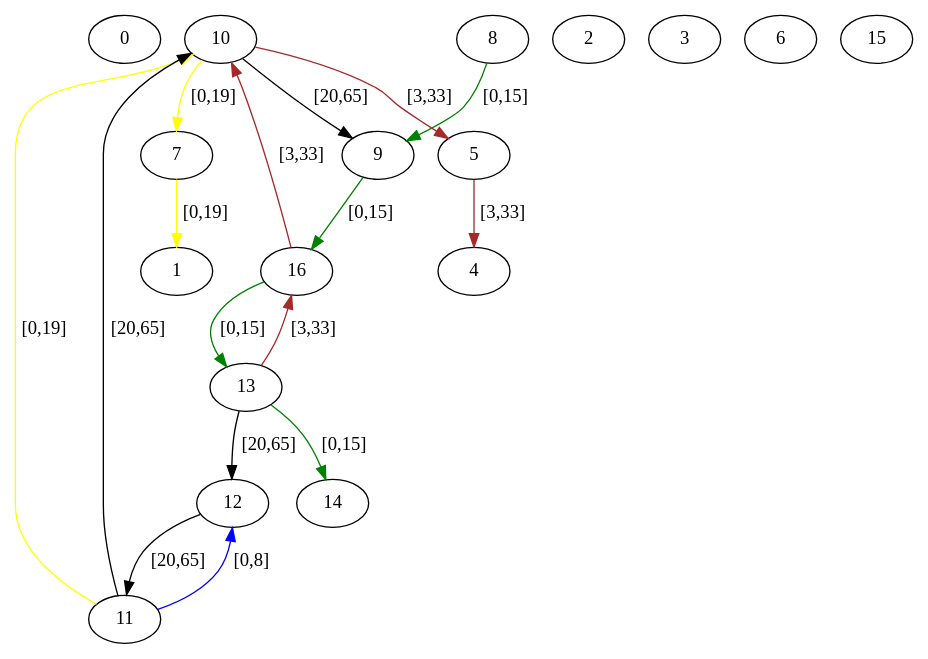
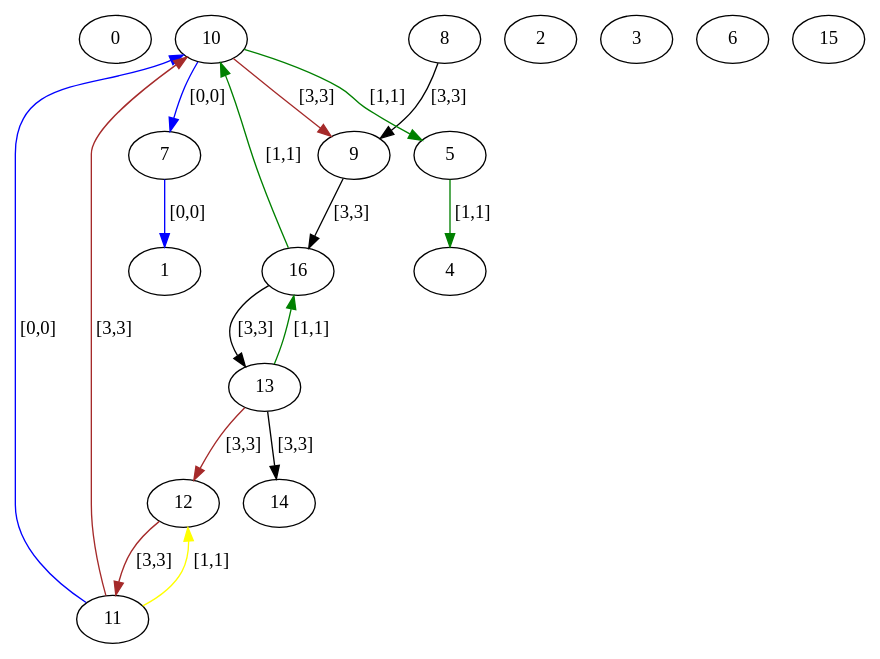
Before and after one commit to Hebbe1234/ExpectAll: the diagram in src/assignedGraphs/assigned.dot, drawn with Graphviz. The commit also changed 7 other files, not shown here.

```diff
--- a/src/assignedGraphs/assigned.dot
+++ b/src/assignedGraphs/assigned.dot
@@ -1,35 +1,35 @@
 digraph  {
 0 [label=0];
 1 [label=1];
 2 [label=2];
 3 [label=3];
 4 [label=4];
 5 [label=5];
 6 [label=6];
 7 [label=7];
 8 [label=8];
 9 [label=9];
 10 [label=10];
 11 [label=11];
 12 [label=12];
 13 [label=13];
 14 [label=14];
 15 [label=15];
 16 [label=16];
-5 -> 4  [color=brown, key=0, label="[3,33]"];
-7 -> 1  [color=yellow, key=0, label="[0,19]"];
-8 -> 9  [color=green, key=0, label="[0,15]"];
-9 -> 16  [color=green, key=0, label="[0,15]"];
-10 -> 7  [color=yellow, key=0, label="[0,19]"];
-10 -> 5  [color=brown, key=0, label="[3,33]"];
-10 -> 9  [color=black, key=0, label="[20,65]"];
-11 -> 12  [color=blue, key=0, label="[0,8]"];
-11 -> 10  [color=yellow, key=0, label="[0,19]"];
-11 -> 10  [color=black, key=1, label="[20,65]"];
-12 -> 11  [color=black, key=0, label="[20,65]"];
-13 -> 14  [color=green, key=0, label="[0,15]"];
-13 -> 16  [color=brown, key=0, label="[3,33]"];
-13 -> 12  [color=black, key=0, label="[20,65]"];
-16 -> 13  [color=green, key=0, label="[0,15]"];
-16 -> 10  [color=brown, key=0, label="[3,33]"];
+5 -> 4  [color=green, key=0, label="[1,1]"];
+7 -> 1  [color=blue, key=0, label="[0,0]"];
+8 -> 9  [color=black, key=0, label="[3,3]"];
+9 -> 16  [color=black, key=0, label="[3,3]"];
+10 -> 7  [color=blue, key=0, label="[0,0]"];
+10 -> 5  [color=green, key=0, label="[1,1]"];
+10 -> 9  [color=brown, key=0, label="[3,3]"];
+11 -> 10  [color=blue, key=0, label="[0,0]"];
+11 -> 10  [color=brown, key=1, label="[3,3]"];
+11 -> 12  [color=yellow, key=0, label="[1,1]"];
+12 -> 11  [color=brown, key=0, label="[3,3]"];
+13 -> 16  [color=green, key=0, label="[1,1]"];
+13 -> 12  [color=brown, key=0, label="[3,3]"];
+13 -> 14  [color=black, key=0, label="[3,3]"];
+16 -> 10  [color=green, key=0, label="[1,1]"];
+16 -> 13  [color=black, key=0, label="[3,3]"];
 }
```
